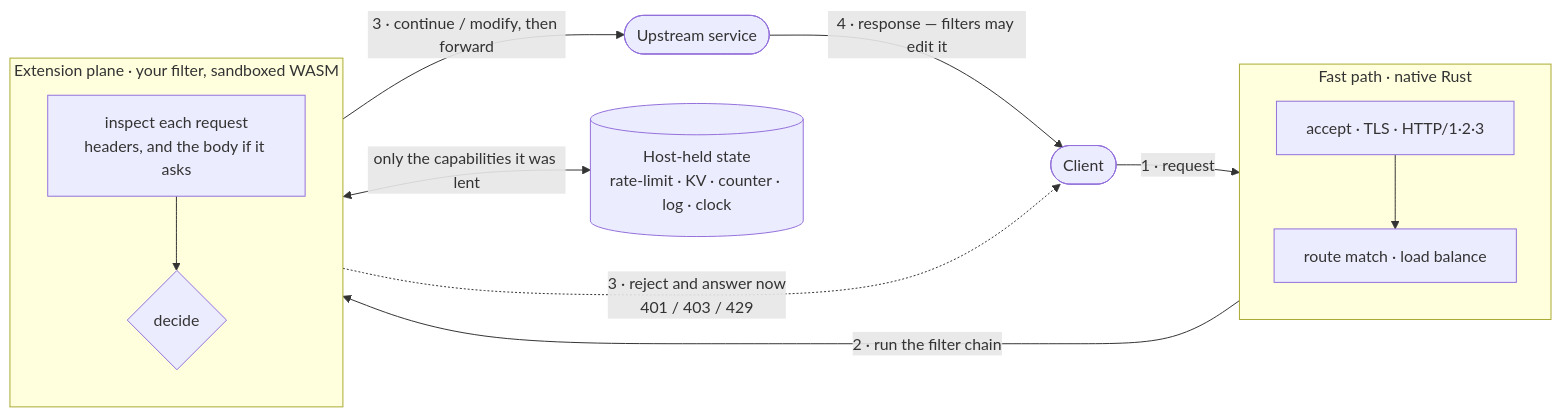
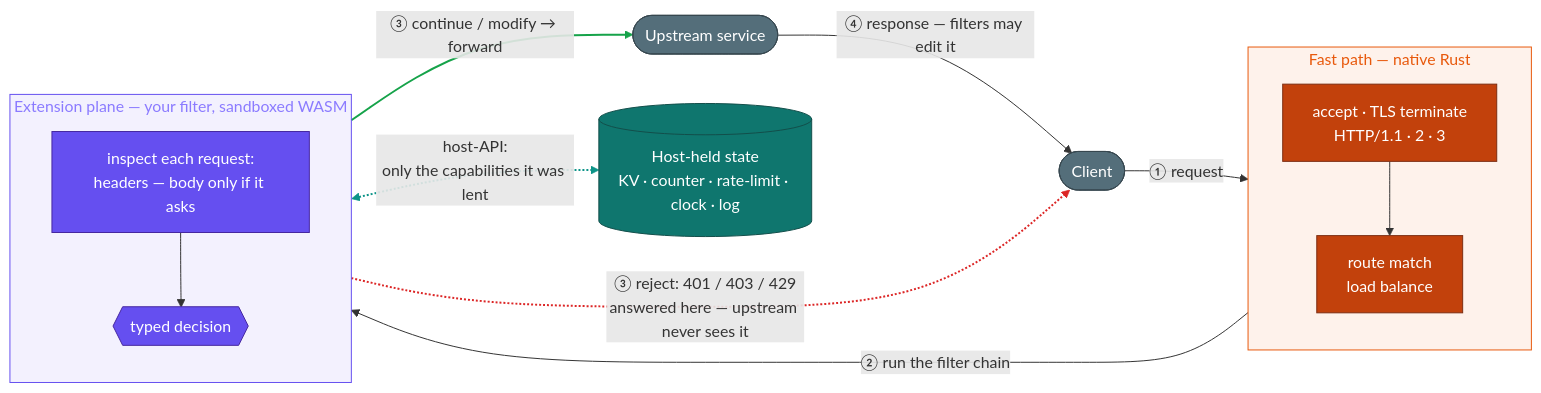
The diagram in README.md (Kaikei-e/PlectoProxy), drawn with Mermaid before and after one commit. The commit also changed 1 other file, not shown here.

Commit message:
docs(README): enhance flowchart descriptions and formatting in English and Japanese
Updated the flowchart sections in both README files to improve clarity and consistency. Changes include rephrasing labels, adjusting formatting for better readability, and refining the descriptions of request handling and decision-making processes.

````diff
--- a/README.md
+++ b/README.md
@@ -26,28 +26,44 @@
 ```mermaid
 flowchart LR
     client(["Client"])
     upstream(["Upstream service"])
 
-    subgraph fast["Fast path · native Rust"]
+    subgraph fast["Fast path — native Rust"]
         direction TB
-        edge["accept · TLS · HTTP/1·2·3"]
-        route["route match · load balance"]
+        edge["accept · TLS terminate<br/>HTTP/1.1 · 2 · 3"]
+        route["route match<br/>load balance"]
         edge --> route
     end
 
-    subgraph ext["Extension plane · your filter, sandboxed WASM"]
+    subgraph ext["Extension plane — your filter, sandboxed WASM"]
         direction TB
-        inspect["inspect each request<br/>headers, and the body if it asks"]
-        decide{"decide"}
+        inspect["inspect each request:<br/>headers — body only if it asks"]
+        decide{{"typed decision"}}
         inspect --> decide
     end
 
-    state[("Host-held state<br/>rate-limit · KV · counter · log · clock")]
+    state[("Host-held state<br/>KV · counter · rate-limit · clock · log")]
 
-    client -->|"1 · request"| edge
-    route -->|"2 · run the filter chain"| inspect
-    decide -->|"3 · continue / modify, then forward"| upstream
-    decide -.->|"3 · reject and answer now<br/>401 / 403 / 429"| client
-    upstream -->|"4 · response — filters may edit it"| client
-    decide <-->|"only the capabilities it was lent"| state
+    client -- "① request" --> edge
+    route -- "② run the filter chain" --> inspect
+    decide -- "③ continue / modify → forward" --> upstream
+    decide -. "③ reject: 401 / 403 / 429<br/>answered here — upstream never sees it" .-> client
+    upstream -- "④ response — filters may edit it" --> client
+    inspect <-. "host-API:<br/>only the capabilities it was lent" .-> state
+
+    classDef endpoint fill:#546e7a,stroke:#37474f,color:#ffffff
+    classDef fastNode fill:#c2410c,stroke:#7c2d12,color:#ffffff
+    classDef wasmNode fill:#654ff0,stroke:#4527a0,color:#ffffff
+    classDef stateNode fill:#0f766e,stroke:#134e4a,color:#ffffff
+    class client,upstream endpoint
+    class edge,route fastNode
+    class inspect,decide wasmNode
+    class state stateNode
+
+    style fast fill:#e8590c14,stroke:#e8590c,color:#e8590c
+    style ext fill:#654ff014,stroke:#654ff0,color:#8b7bff
+
+    linkStyle 4 stroke:#16a34a,stroke-width:2px
+    linkStyle 5 stroke:#dc2626,stroke-width:2px
+    linkStyle 7 stroke:#0d9488,stroke-width:2px
 ```
````
